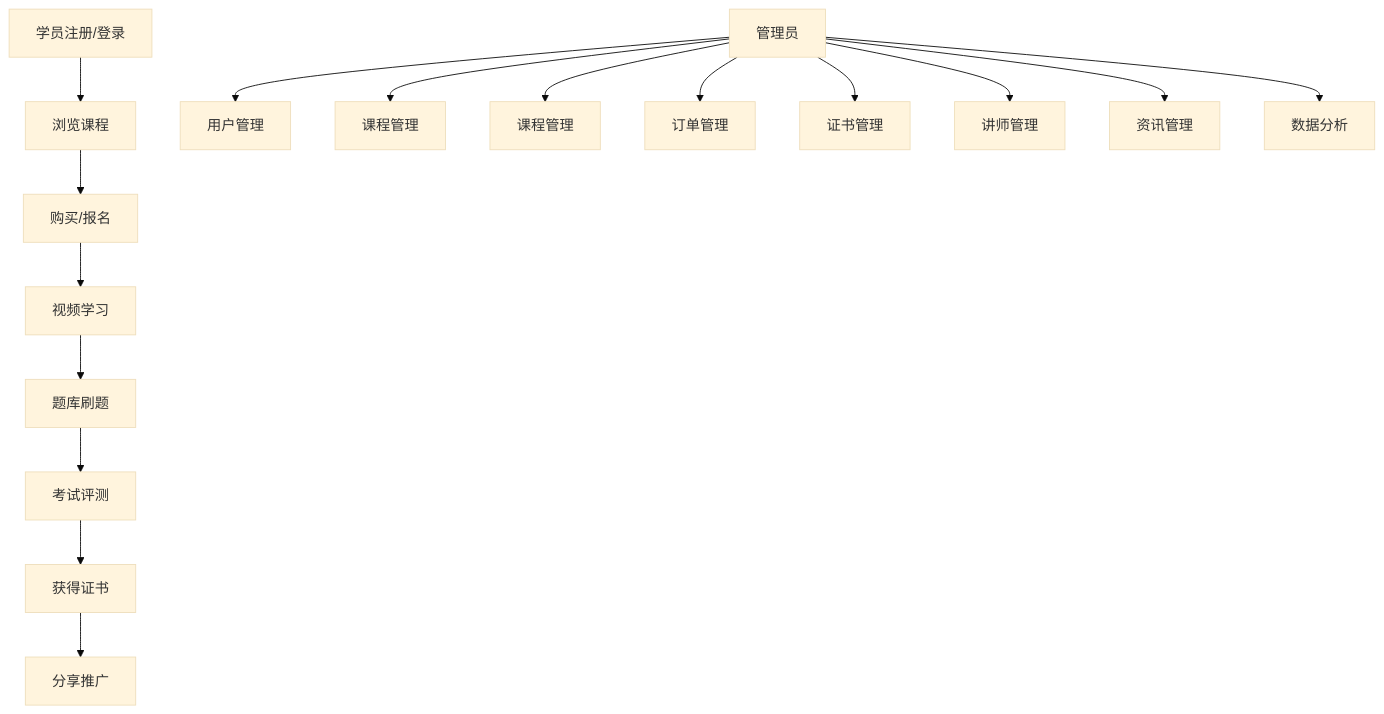
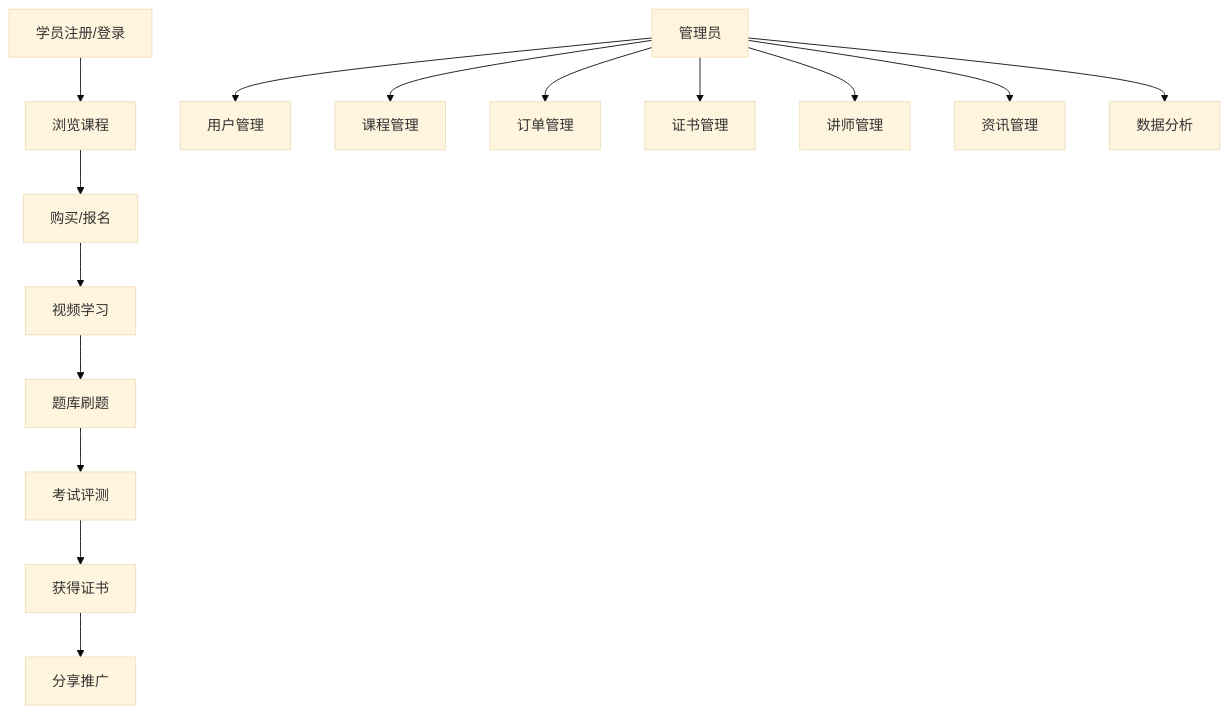
The first of 6 diagrams in pro_sanzhutraining/docs/需求规格说明书.md (user007a/project), drawn with Mermaid (base theme) before and after one commit. The commit also changed other lines of this file and 23 other files, not shown here.

````diff
--- a/pro_sanzhutraining/docs/需求规格说明书.md
+++ b/pro_sanzhutraining/docs/需求规格说明书.md
@@ -65,19 +65,18 @@
 ```mermaid
 graph TD
     A[学员注册/登录] --> B[浏览课程]
     B --> C[购买/报名]
     C --> D[视频学习]
     D --> E[题库刷题]
     E --> F[考试评测]
     F --> G[获得证书]
     G --> H[分享推广]
     
     I[管理员] --> J[用户管理]
     I --> K[课程管理]	
-    I --> L[课程管理]
-    I --> M[订单管理]
-    I --> N[证书管理]
-	I --> O[讲师管理]
-	I --> P[资讯管理]
-    I --> Q[数据分析]
+    I --> L[订单管理]
+    I --> M[证书管理]
+	I --> N[讲师管理]
+	I --> O[资讯管理]
+    I --> P[数据分析]
 ```
````
